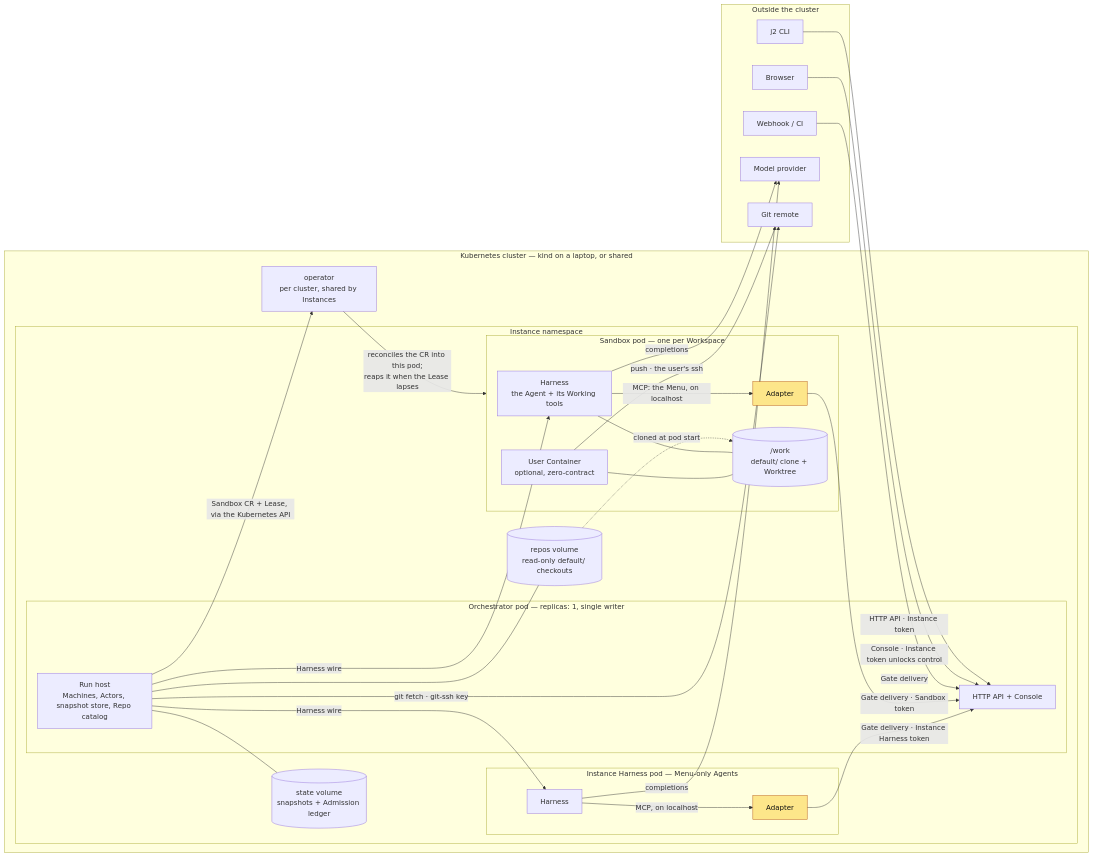
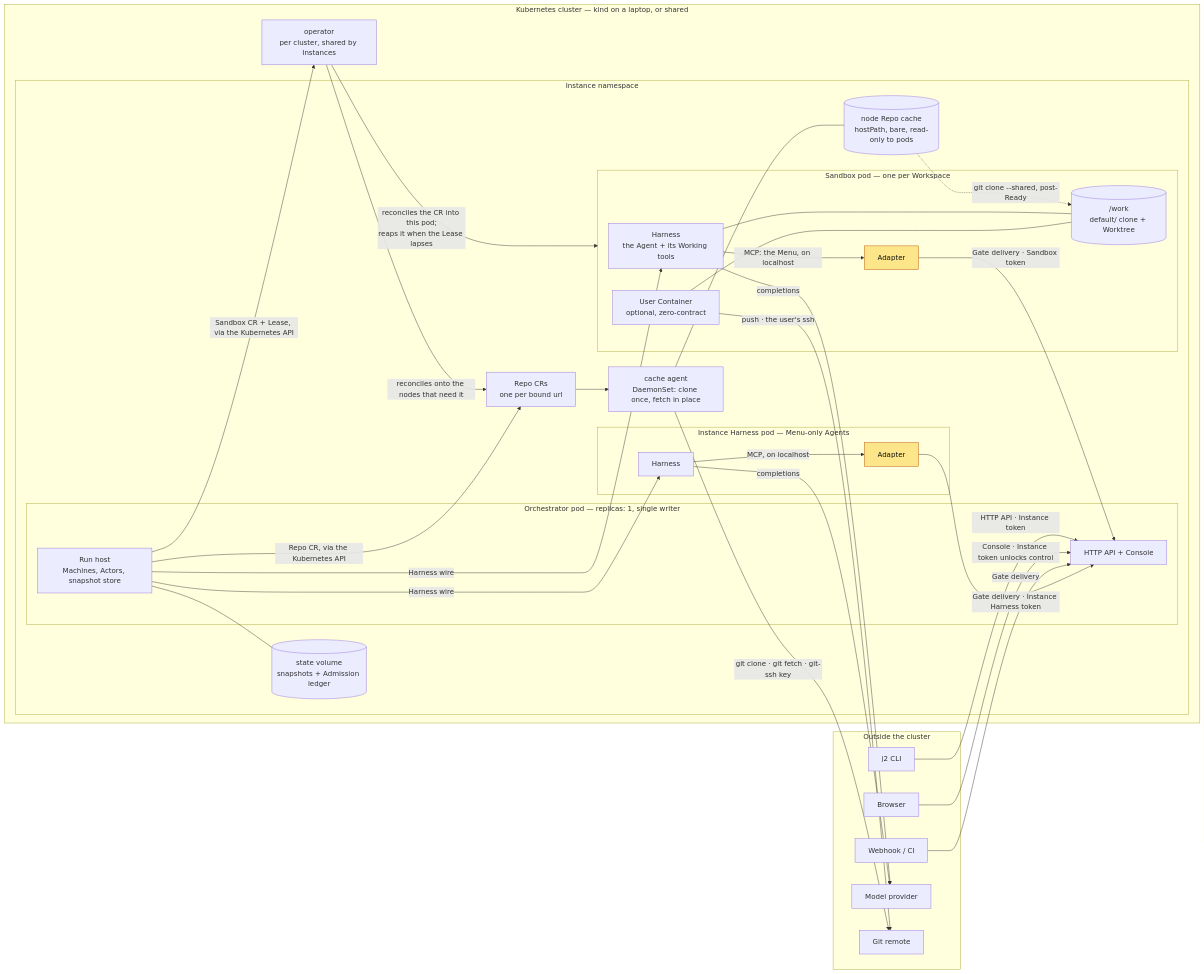
Before and after one commit to snapwich/jr2: the first of 4 diagrams in docs/architecture.md, drawn with Mermaid. The commit also changed other lines of this file and 14 other files, not shown here.

````diff
--- a/docs/architecture.md
+++ b/docs/architecture.md
@@ -31,59 +31,64 @@
 ```mermaid
 flowchart LR
   subgraph outside["Outside the cluster"]
     cli["j2 CLI"]
     browser["Browser"]
     hook["Webhook / CI"]
     provider["Model provider"]
     remote["Git remote"]
   end
 
   subgraph cluster["Kubernetes cluster — kind on a laptop, or shared"]
     operator["operator<br/>per cluster, shared by Instances"]
 
     subgraph ns["Instance namespace"]
       subgraph orch["Orchestrator pod — replicas: 1, single writer"]
         api["HTTP API + Console"]
-        host["Run host<br/>Machines, Actors, snapshot store, Repo catalog"]
+        host["Run host<br/>Machines, Actors, snapshot store"]
       end
       state[("state volume<br/>snapshots + Admission ledger")]
-      repos[("repos volume<br/>read-only default/ checkouts")]
+      repocr["Repo CRs<br/>one per bound url"]
+      cagent["cache agent<br/>DaemonSet: clone once, fetch in place"]
+      cache[("node Repo cache<br/>hostPath, bare, read-only to pods")]
 
       subgraph ih["Instance Harness pod — Menu-only Agents"]
         ihh["Harness"]
         iha["Adapter"]
       end
 
       subgraph sb["Sandbox pod — one per Workspace"]
         harness["Harness<br/>the Agent + its Working tools"]
         adapter["Adapter"]
         user["User Container<br/>optional, zero-contract"]
         work[("/work<br/>default/ clone + Worktree")]
       end
     end
   end
 
   cli -->|"HTTP API · Instance token"| api
   browser -->|"Console · Instance token unlocks control"| api
   hook -->|"Gate delivery"| api
   host -->|"Sandbox CR + Lease, via the Kubernetes API"| operator
   operator -->|"reconciles the CR into this pod;<br/>reaps it when the Lease lapses"| sb
   host -->|"Harness wire"| harness
   host -->|"Harness wire"| ihh
   harness -->|"MCP: the Menu, on localhost"| adapter
   adapter -->|"Gate delivery · Sandbox token"| api
   ihh -->|"MCP, on localhost"| iha
   iha -->|"Gate delivery · Instance Harness token"| api
   harness -->|"completions"| provider
   ihh -->|"completions"| provider
   host --- state
-  host -->|"git fetch · git-ssh key"| remote
-  host --- repos
-  repos -.->|"cloned at pod start"| work
+  host -->|"Repo CR, via the Kubernetes API"| repocr
+  operator -->|"reconciles onto the nodes that need it"| repocr
+  repocr --> cagent
+  cagent -->|"git clone · git fetch · git-ssh key"| remote
+  cagent --- cache
+  cache -.->|"git clone --shared, post-Ready"| work
   harness --- work
   user --- work
   user -->|"push · the user's ssh"| remote
 
   classDef credential fill:#fde68a,stroke:#b45309,color:#111
   class adapter,iha credential
 ```
````
